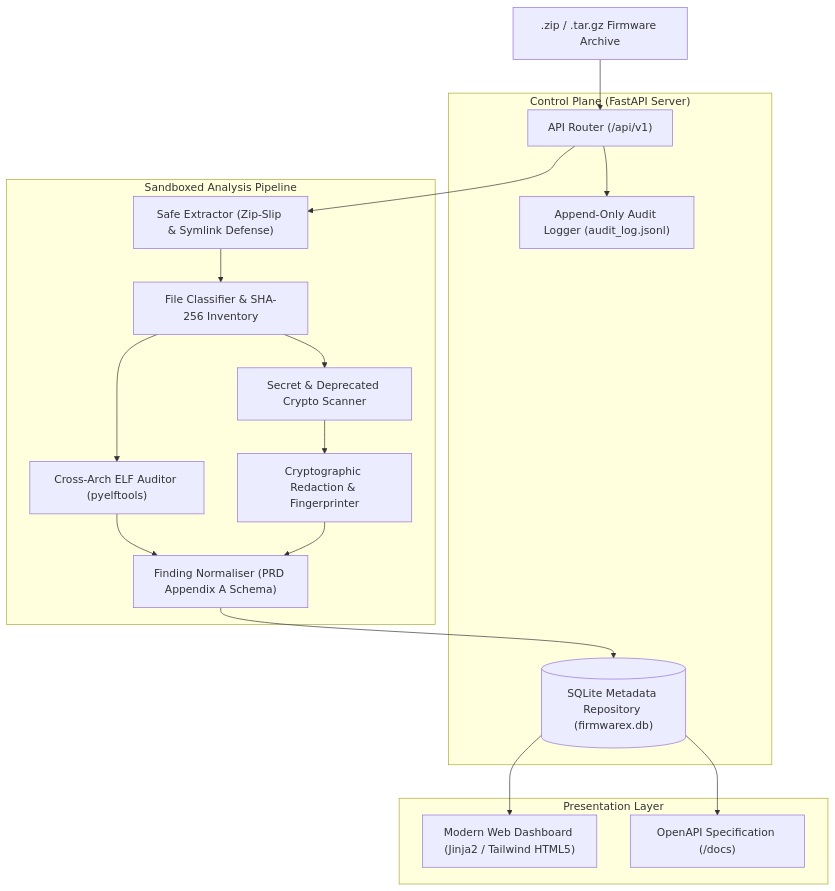
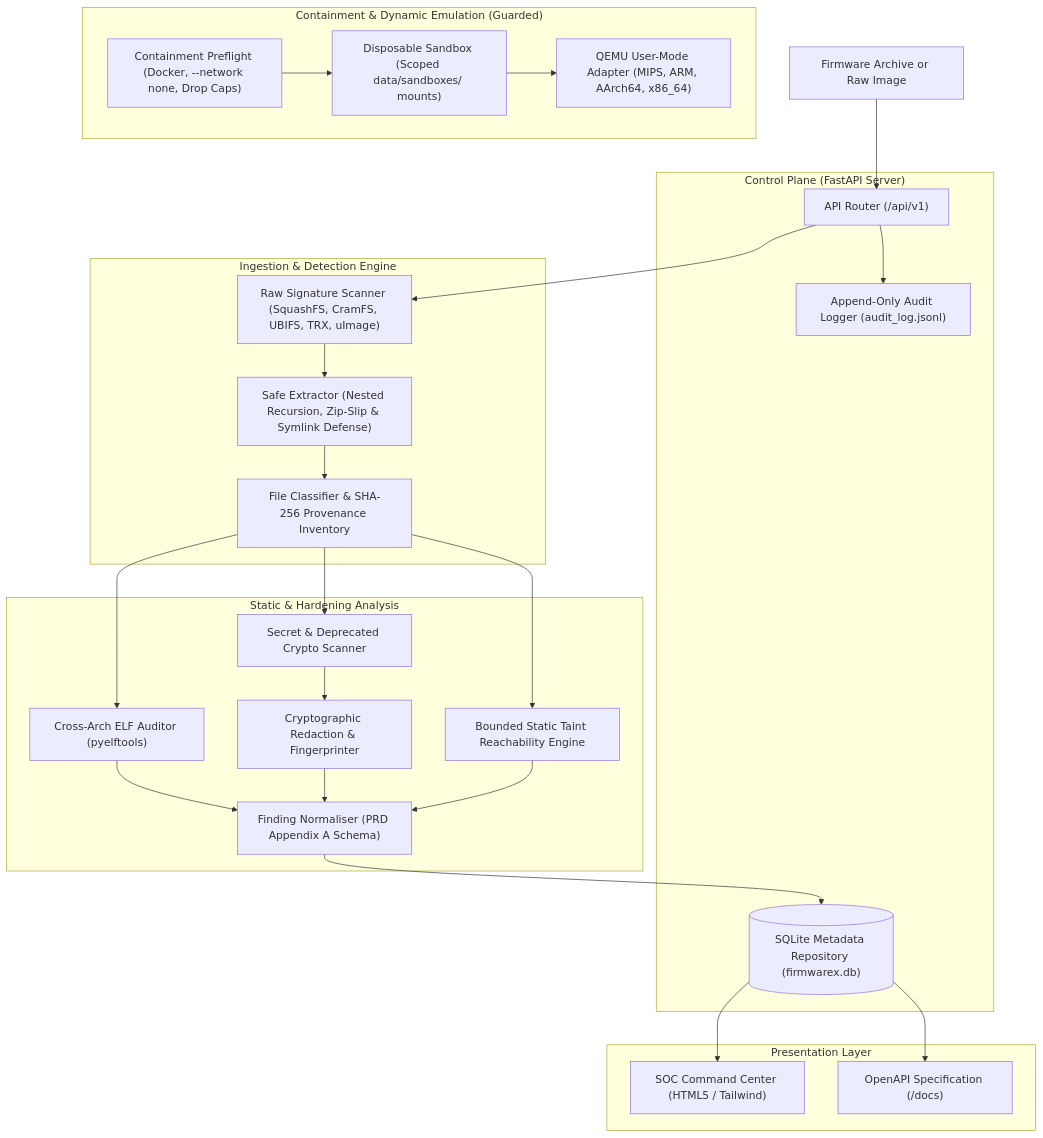
Before and after one commit to HalaNaaz/FirmwareX-: the diagram in ARCHITECTURE.md, drawn with Mermaid. The commit also changed other lines of this file and 18 other files, not shown here.

Commit message:
feat(core): implement Phase 3 raw format detection, containment preflight, and bounded analysis

````diff
--- a/ARCHITECTURE.md
+++ b/ARCHITECTURE.md
@@ -7,35 +7,51 @@
 ```mermaid
 flowchart TD
     subgraph UI ["Presentation Layer"]
-        WebDashboard["Modern Web Dashboard (Jinja2 / Tailwind HTML5)"]
+        WebDashboard["SOC Command Center (HTML5 / Tailwind)"]
         SwaggerUI["OpenAPI Specification (/docs)"]
     end
 
     subgraph ControlPlane ["Control Plane (FastAPI Server)"]
         Router["API Router (/api/v1)"]
         AuditLog["Append-Only Audit Logger (audit_log.jsonl)"]
         StorageEngine[("SQLite Metadata Repository (firmwarex.db)")]
     end
 
-    subgraph WorkerSandbox ["Sandboxed Analysis Pipeline"]
-        SafeExtractor["Safe Extractor (Zip-Slip & Symlink Defense)"]
-        FileInventory["File Classifier & SHA-256 Inventory"]
+    subgraph IngestionLayer ["Ingestion & Detection Engine"]
+        RawDetector["Raw Signature Scanner (SquashFS, CramFS, UBIFS, TRX, uImage)"]
+        SafeExtractor["Safe Extractor (Nested Recursion, Zip-Slip & Symlink Defense)"]
+        FileInventory["File Classifier & SHA-256 Provenance Inventory"]
+    end
+
+    subgraph StaticAnalysisLayer ["Static & Hardening Analysis"]
         ELFAuditor["Cross-Arch ELF Auditor (pyelftools)"]
         SecretScanner["Secret & Deprecated Crypto Scanner"]
         Redactor["Cryptographic Redaction & Fingerprinter"]
         Normaliser["Finding Normaliser (PRD Appendix A Schema)"]
+        SymbolicAnalyzer["Bounded Static Taint Reachability Engine"]
     end
 
-    FirmwareFile[".zip / .tar.gz Firmware Archive"] --> Router
-    Router --> SafeExtractor
+    subgraph IsolationLayer ["Containment & Dynamic Emulation (Guarded)"]
+        Preflight["Containment Preflight (Docker, --network none, Drop Caps)"]
+        DisposableSandbox["Disposable Sandbox (Scoped data/sandboxes/ mounts)"]
+        QemuAdapter["QEMU User-Mode Adapter (MIPS, ARM, AArch64, x86_64)"]
+    end
+
+    FirmwareFile["Firmware Archive or Raw Image"] --> Router
+    Router --> RawDetector
+    RawDetector --> SafeExtractor
     SafeExtractor --> FileInventory
     FileInventory --> ELFAuditor
     FileInventory --> SecretScanner
+    FileInventory --> SymbolicAnalyzer
     SecretScanner --> Redactor
     ELFAuditor --> Normaliser
     Redactor --> Normaliser
+    SymbolicAnalyzer --> Normaliser
     Normaliser --> StorageEngine
     Router --> AuditLog
+    Preflight --> DisposableSandbox
+    DisposableSandbox --> QemuAdapter
     StorageEngine --> WebDashboard
     StorageEngine --> SwaggerUI
 ```
````
